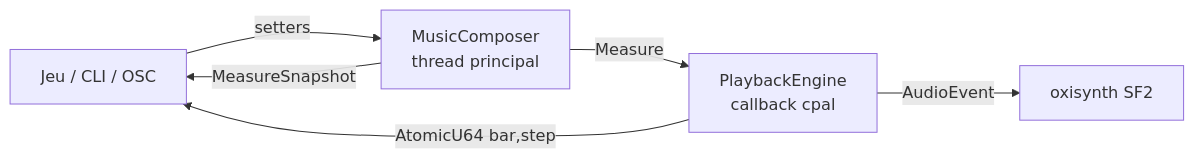
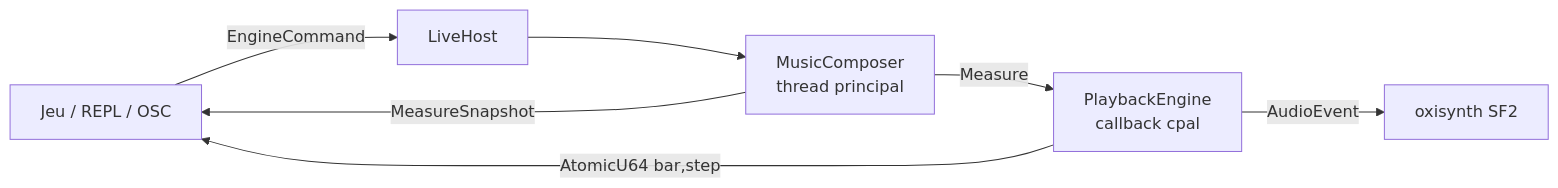
The diagram in README.md (estran-studio/harmonium), drawn with Mermaid before and after one commit. The commit also changed other lines of this file and 31 other files, not shown here.

First line of the commit message:
feat(015): S2 — hôte unique LiveHost, exécuteur d'EngineCommand, OSC dans le host

````diff
--- a/README.md
+++ b/README.md
@@ -34,8 +34,9 @@
 ```mermaid
 flowchart LR
-  G[Jeu / CLI / OSC] -->|setters| C[MusicComposer\nthread principal]
+  G[Jeu / REPL / OSC] -->|EngineCommand| H[LiveHost]
+  H --> C[MusicComposer\nthread principal]
   C -->|Measure| P[PlaybackEngine\ncallback cpal]
   P -->|AudioEvent| S[oxisynth SF2]
   P -->|AtomicU64 bar,step| G
   C -->|MeasureSnapshot| G
 ```
````
